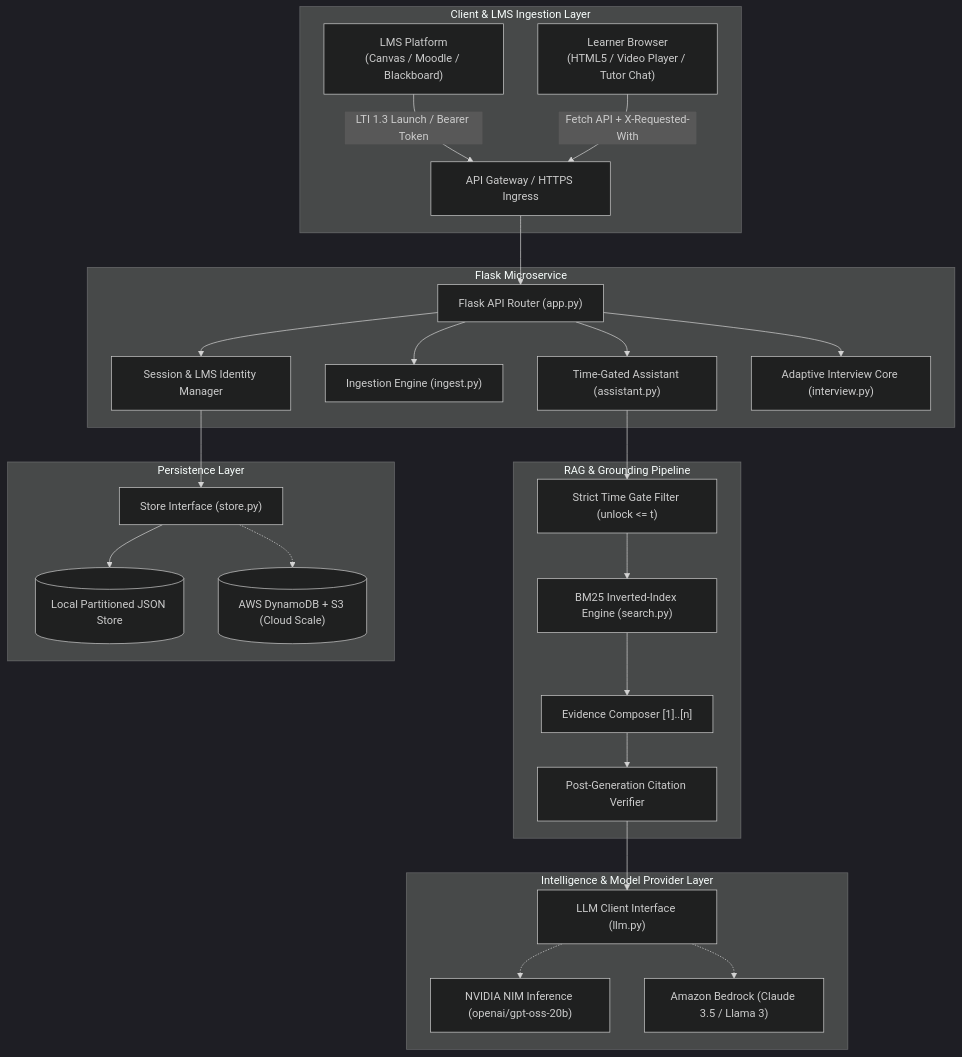
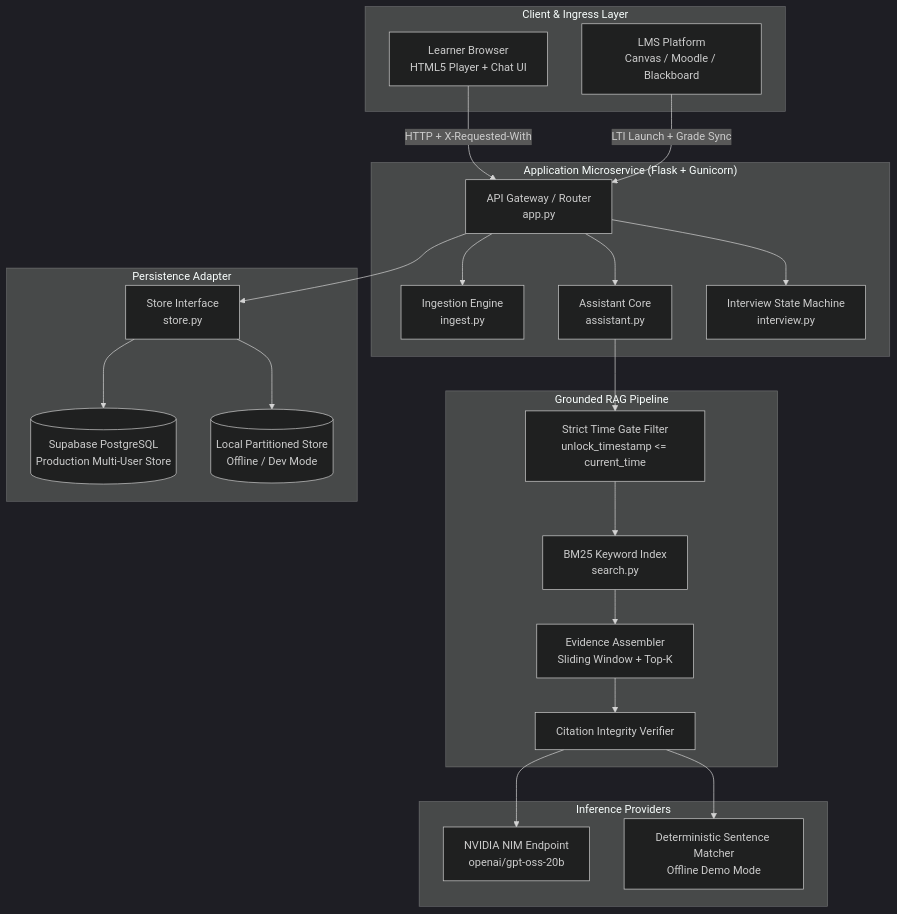
The diagram in learnmate/docs/ARCHITECTURE.md (skavyansh15/LearnMate), drawn with Mermaid (dark theme) before and after one commit. The commit also changed other lines of this file, not shown here.

````diff
--- a/learnmate/docs/ARCHITECTURE.md
+++ b/learnmate/docs/ARCHITECTURE.md
@@ -9,34 +9,51 @@
 ```mermaid
 flowchart TD
-    subgraph Client & LMS Ingestion Layer
-        LMS["LMS Platform<br/>(Canvas / Moodle / Blackboard)"] -->|LTI 1.3 Launch / Bearer Token| Gateway["API Gateway / HTTPS Ingress"]
-        Browser["Learner Browser<br/>(HTML5 / Video Player / Tutor Chat)"] -->|Fetch API + X-Requested-With| Gateway
+    subgraph ClientLayer ["Client & Ingress Layer"]
+        Browser["Learner Browser<br/>HTML5 Player + Chat UI"]
+        LMS["LMS Platform<br/>Canvas / Moodle / Blackboard"]
     end
 
-    subgraph Service Application Layer [Flask Microservice]
-        Gateway --> Routes["Flask API Router (app.py)"]
-        Routes --> SessionMgr["Session & LMS Identity Manager"]
-        Routes --> Ingest["Ingestion Engine (ingest.py)"]
-        Routes --> Assistant["Time-Gated Assistant (assistant.py)"]
-        Routes --> Interview["Adaptive Interview Core (interview.py)"]
+    subgraph ServiceLayer ["Application Microservice (Flask + Gunicorn)"]
+        Router["API Gateway / Router<br/>app.py"]
+        Ingest["Ingestion Engine<br/>ingest.py"]
+        Assistant["Assistant Core<br/>assistant.py"]
+        Interview["Interview State Machine<br/>interview.py"]
     end
 
-    subgraph RAG & Grounding Pipeline
-        Assistant --> TimeGate["Strict Time Gate Filter (unlock <= t)"]
-        TimeGate --> Retrieval["BM25 Inverted-Index Engine (search.py)"]
-        Retrieval --> Context["Evidence Composer [1]..[n]"]
-        Context --> Verifier["Post-Generation Citation Verifier"]
+    subgraph RetrievalLayer ["Grounded RAG Pipeline"]
+        TimeGate["Strict Time Gate Filter<br/>unlock_timestamp <= current_time"]
+        SearchIndex["BM25 Keyword Index<br/>search.py"]
+        ContextAssembler["Evidence Assembler<br/>Sliding Window + Top-K"]
+        CitationVerifier["Citation Integrity Verifier"]
     end
 
-    subgraph Intelligence & Model Provider Layer
-        Verifier --> LLM["LLM Client Interface (llm.py)"]
-        LLM -.-> NIM["NVIDIA NIM Inference (openai/gpt-oss-20b)"]
-        LLM -.-> Bedrock["Amazon Bedrock (Claude 3.5 / Llama 3)"]
+    subgraph PersistenceLayer ["Persistence Adapter"]
+        Store["Store Interface<br/>store.py"]
+        Postgres[("Supabase PostgreSQL<br/>Production Multi-User Store")]
+        LocalJSON[("Local Partitioned Store<br/>Offline / Dev Mode")]
     end
 
-    subgraph Persistence Layer
-        SessionMgr --> Store["Store Interface (store.py)"]
-        Store --> LocalStore[("Local Partitioned JSON Store")]
-        Store -.-> DDB[("AWS DynamoDB + S3 (Cloud Scale)")]
+    subgraph ModelLayer ["Inference Providers"]
+        NIM["NVIDIA NIM Endpoint<br/>openai/gpt-oss-20b"]
+        DemoEngine["Deterministic Sentence Matcher<br/>Offline Demo Mode"]
     end
+
+    Browser -->|HTTP + X-Requested-With| Router
+    LMS -->|LTI Launch + Grade Sync| Router
+
+    Router --> Ingest
+    Router --> Assistant
+    Router --> Interview
+    Router --> Store
+
+    Store --> Postgres
+    Store --> LocalJSON
+
+    Assistant --> TimeGate
+    TimeGate --> SearchIndex
+    SearchIndex --> ContextAssembler
+    ContextAssembler --> CitationVerifier
+
+    CitationVerifier --> NIM
+    CitationVerifier --> DemoEngine
 ```
````
